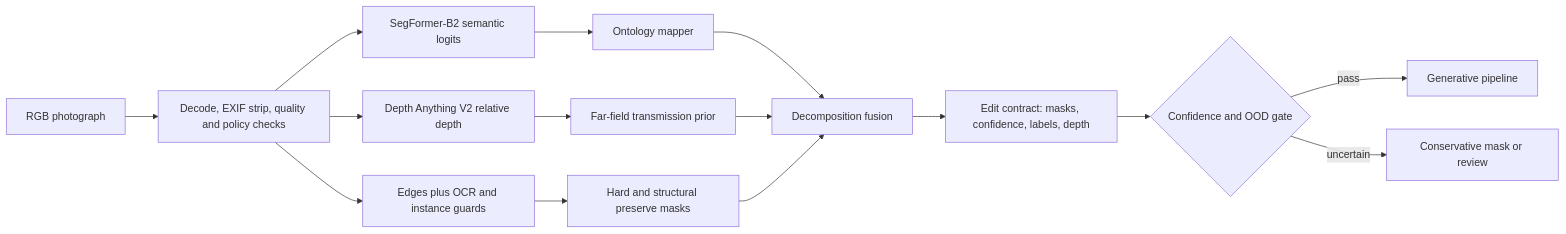
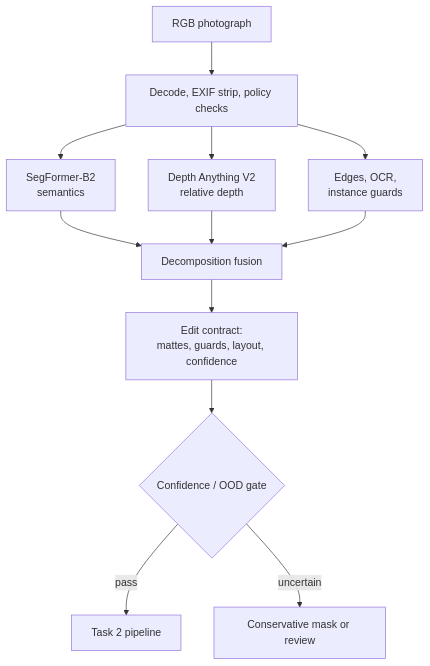
The diagram in docs/TASK1_PERCEPTION.md (mustafametesengul/generative-editing), drawn with Mermaid before and after one commit. The commit also changed other lines of this file and 4 other files, not shown here.

````diff
--- a/docs/TASK1_PERCEPTION.md
+++ b/docs/TASK1_PERCEPTION.md
@@ -5,17 +5,14 @@
 ```mermaid
-flowchart LR
-    A[RGB photograph] --> B[Decode, EXIF strip, quality and policy checks]
-    B --> C[SegFormer-B2 semantic logits]
-    B --> D[Depth Anything V2 relative depth]
-    B --> E[Edges plus OCR and instance guards]
-    C --> F[Ontology mapper]
-    D --> G[Far-field transmission prior]
-    E --> H[Hard and structural preserve masks]
-    F --> I[Decomposition fusion]
-    G --> I
-    H --> I
-    I --> J[Edit contract: masks, confidence, labels, depth]
-    J --> K{Confidence and OOD gate}
-    K -->|pass| L[Generative pipeline]
-    K -->|uncertain| M[Conservative mask or review]
+flowchart TD
+    A[RGB photograph] --> B[Decode, EXIF strip, policy checks]
+    B --> C[SegFormer-B2<br>semantics]
+    B --> D[Depth Anything V2<br>relative depth]
+    B --> E[Edges, OCR,<br>instance guards]
+    C --> F[Decomposition fusion]
+    D --> F
+    E --> F
+    F --> G[Edit contract:<br>mattes, guards, layout, confidence]
+    G --> H{Confidence / OOD gate}
+    H -->|pass| I[Task 2 pipeline]
+    H -->|uncertain| J[Conservative mask or review]
 ```
````
